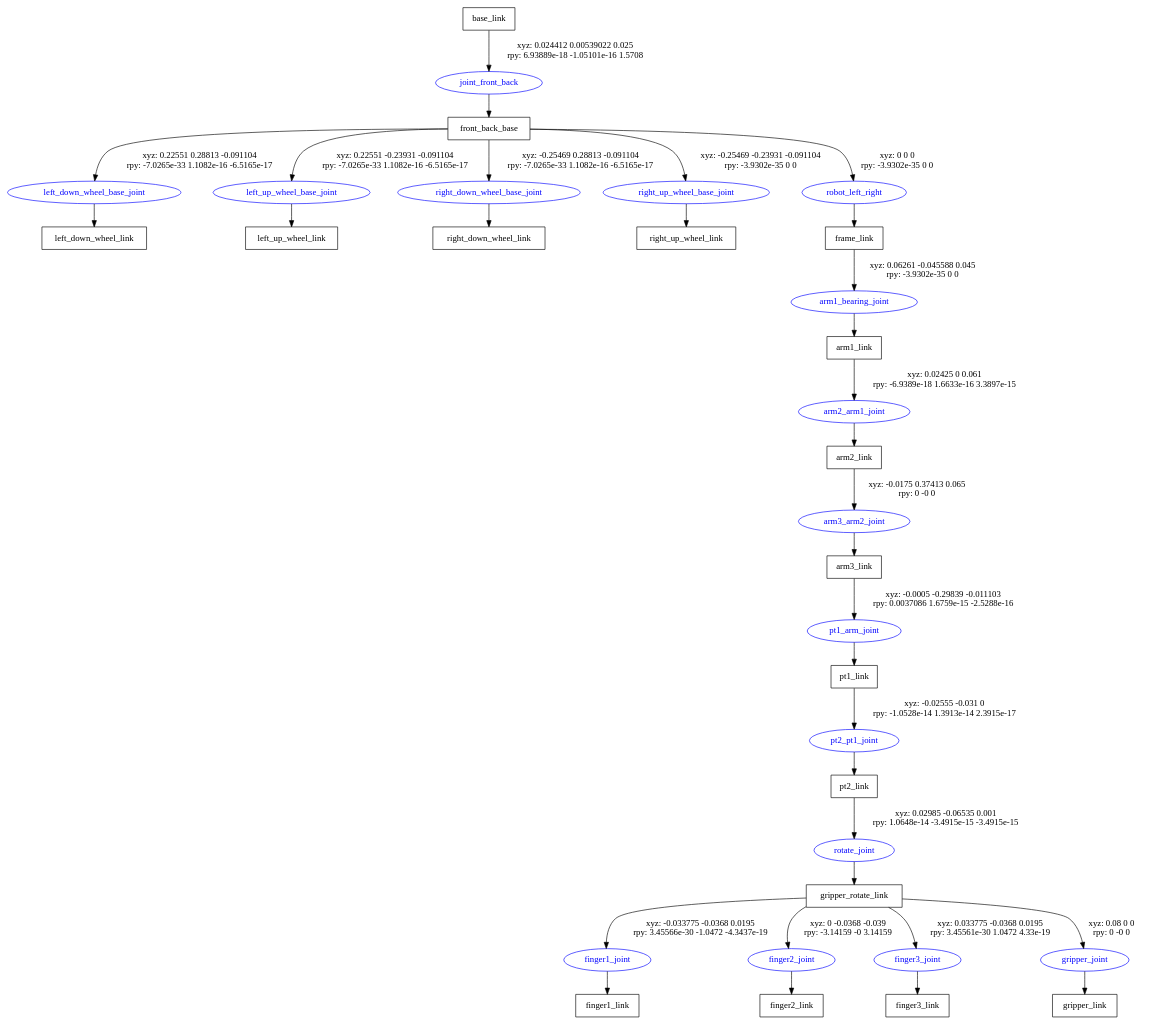
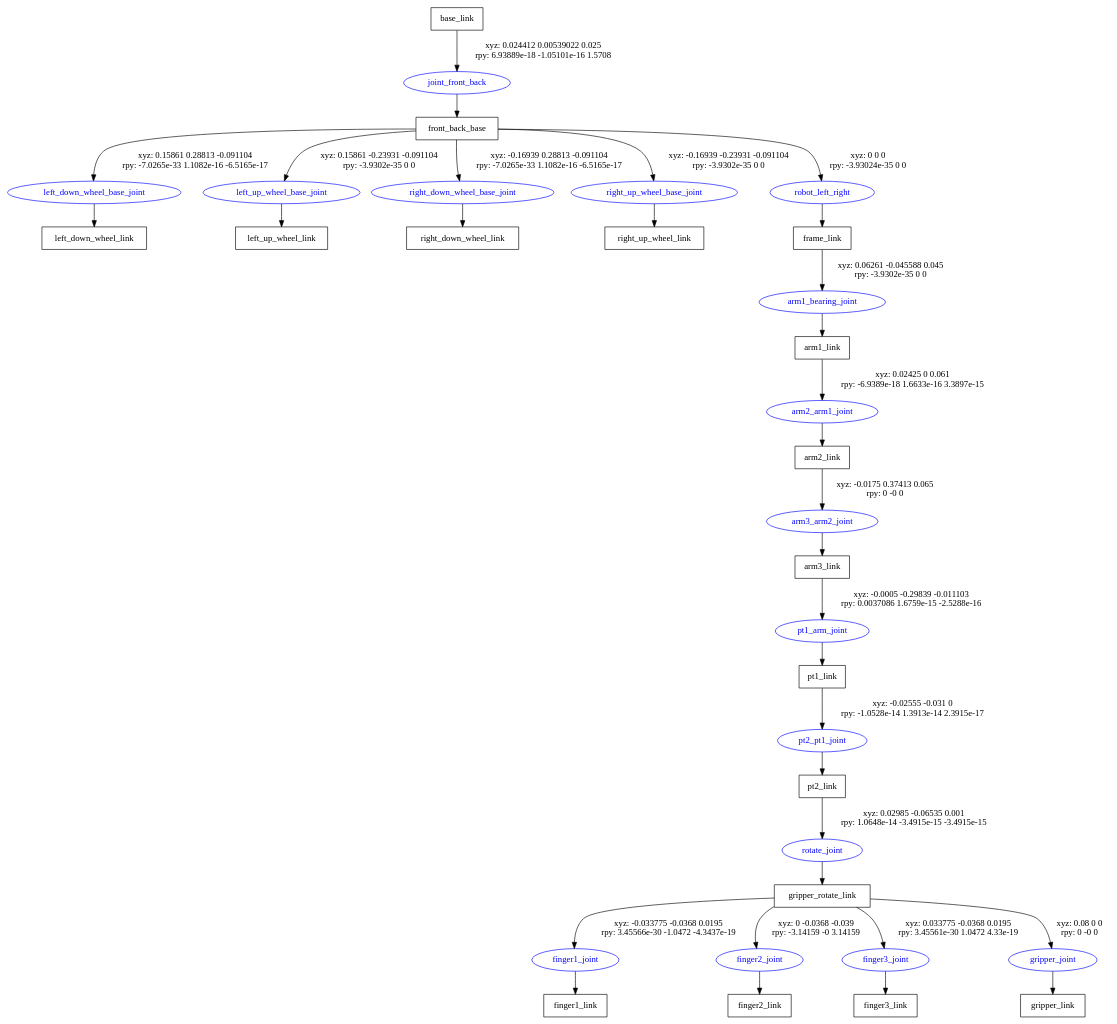
The diagram in explorer_sc_arm_description/urdf/explorer_sc_arm_description.gv (NaiveCoder1999/explorer_sc_2019), drawn with Graphviz before and after one commit. The commit also changed 37 other files, not shown here.

```diff
--- a/explorer_sc_arm_description/urdf/explorer_sc_arm_description.gv
+++ b/explorer_sc_arm_description/urdf/explorer_sc_arm_description.gv
@@ -1,53 +1,53 @@
 digraph G {
 node [shape=box];
 "base_link" [label="base_link"];
 "front_back_base" [label="front_back_base"];
 "left_down_wheel_link" [label="left_down_wheel_link"];
 "left_up_wheel_link" [label="left_up_wheel_link"];
 "right_down_wheel_link" [label="right_down_wheel_link"];
 "right_up_wheel_link" [label="right_up_wheel_link"];
 "frame_link" [label="frame_link"];
 "arm1_link" [label="arm1_link"];
 "arm2_link" [label="arm2_link"];
 "arm3_link" [label="arm3_link"];
 "pt1_link" [label="pt1_link"];
 "pt2_link" [label="pt2_link"];
 "gripper_rotate_link" [label="gripper_rotate_link"];
 "finger1_link" [label="finger1_link"];
 "finger2_link" [label="finger2_link"];
 "finger3_link" [label="finger3_link"];
 "gripper_link" [label="gripper_link"];
 node [shape=ellipse, color=blue, fontcolor=blue];
 "base_link" -> "joint_front_back" [label="xyz: 0.024412 0.00539022 0.025 \nrpy: 6.93889e-18 -1.05101e-16 1.5708"]
 "joint_front_back" -> "front_back_base"
-"front_back_base" -> "left_down_wheel_base_joint" [label="xyz: 0.22551 0.28813 -0.091104 \nrpy: -7.0265e-33 1.1082e-16 -6.5165e-17"]
+"front_back_base" -> "left_down_wheel_base_joint" [label="xyz: 0.15861 0.28813 -0.091104 \nrpy: -7.0265e-33 1.1082e-16 -6.5165e-17"]
 "left_down_wheel_base_joint" -> "left_down_wheel_link"
-"front_back_base" -> "left_up_wheel_base_joint" [label="xyz: 0.22551 -0.23931 -0.091104 \nrpy: -7.0265e-33 1.1082e-16 -6.5165e-17"]
+"front_back_base" -> "left_up_wheel_base_joint" [label="xyz: 0.15861 -0.23931 -0.091104 \nrpy: -3.9302e-35 0 0"]
 "left_up_wheel_base_joint" -> "left_up_wheel_link"
-"front_back_base" -> "right_down_wheel_base_joint" [label="xyz: -0.25469 0.28813 -0.091104 \nrpy: -7.0265e-33 1.1082e-16 -6.5165e-17"]
+"front_back_base" -> "right_down_wheel_base_joint" [label="xyz: -0.16939 0.28813 -0.091104 \nrpy: -7.0265e-33 1.1082e-16 -6.5165e-17"]
 "right_down_wheel_base_joint" -> "right_down_wheel_link"
-"front_back_base" -> "right_up_wheel_base_joint" [label="xyz: -0.25469 -0.23931 -0.091104 \nrpy: -3.9302e-35 0 0"]
+"front_back_base" -> "right_up_wheel_base_joint" [label="xyz: -0.16939 -0.23931 -0.091104 \nrpy: -3.9302e-35 0 0"]
 "right_up_wheel_base_joint" -> "right_up_wheel_link"
-"front_back_base" -> "robot_left_right" [label="xyz: 0 0 0 \nrpy: -3.9302e-35 0 0"]
+"front_back_base" -> "robot_left_right" [label="xyz: 0 0 0 \nrpy: -3.93024e-35 0 0"]
 "robot_left_right" -> "frame_link"
 "frame_link" -> "arm1_bearing_joint" [label="xyz: 0.06261 -0.045588 0.045 \nrpy: -3.9302e-35 0 0"]
 "arm1_bearing_joint" -> "arm1_link"
 "arm1_link" -> "arm2_arm1_joint" [label="xyz: 0.02425 0 0.061 \nrpy: -6.9389e-18 1.6633e-16 3.3897e-15"]
 "arm2_arm1_joint" -> "arm2_link"
 "arm2_link" -> "arm3_arm2_joint" [label="xyz: -0.0175 0.37413 0.065 \nrpy: 0 -0 0"]
 "arm3_arm2_joint" -> "arm3_link"
 "arm3_link" -> "pt1_arm_joint" [label="xyz: -0.0005 -0.29839 -0.011103 \nrpy: 0.0037086 1.6759e-15 -2.5288e-16"]
 "pt1_arm_joint" -> "pt1_link"
 "pt1_link" -> "pt2_pt1_joint" [label="xyz: -0.02555 -0.031 0 \nrpy: -1.0528e-14 1.3913e-14 2.3915e-17"]
 "pt2_pt1_joint" -> "pt2_link"
 "pt2_link" -> "rotate_joint" [label="xyz: 0.02985 -0.06535 0.001 \nrpy: 1.0648e-14 -3.4915e-15 -3.4915e-15"]
 "rotate_joint" -> "gripper_rotate_link"
 "gripper_rotate_link" -> "finger1_joint" [label="xyz: -0.033775 -0.0368 0.0195 \nrpy: 3.45566e-30 -1.0472 -4.3437e-19"]
 "finger1_joint" -> "finger1_link"
 "gripper_rotate_link" -> "finger2_joint" [label="xyz: 0 -0.0368 -0.039 \nrpy: -3.14159 -0 3.14159"]
 "finger2_joint" -> "finger2_link"
 "gripper_rotate_link" -> "finger3_joint" [label="xyz: 0.033775 -0.0368 0.0195 \nrpy: 3.45561e-30 1.0472 4.33e-19"]
 "finger3_joint" -> "finger3_link"
 "gripper_rotate_link" -> "gripper_joint" [label="xyz: 0.08 0 0 \nrpy: 0 -0 0"]
 "gripper_joint" -> "gripper_link"
 }
```
